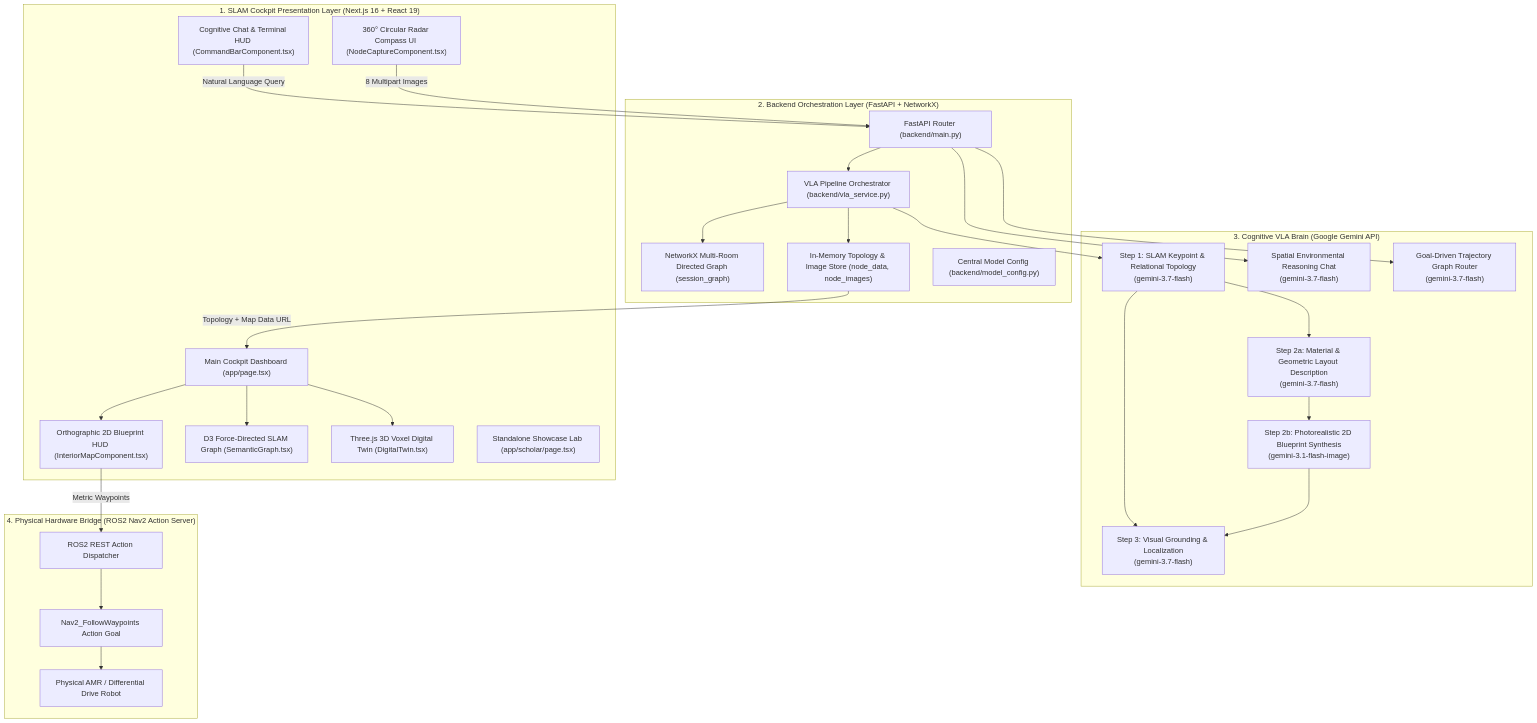
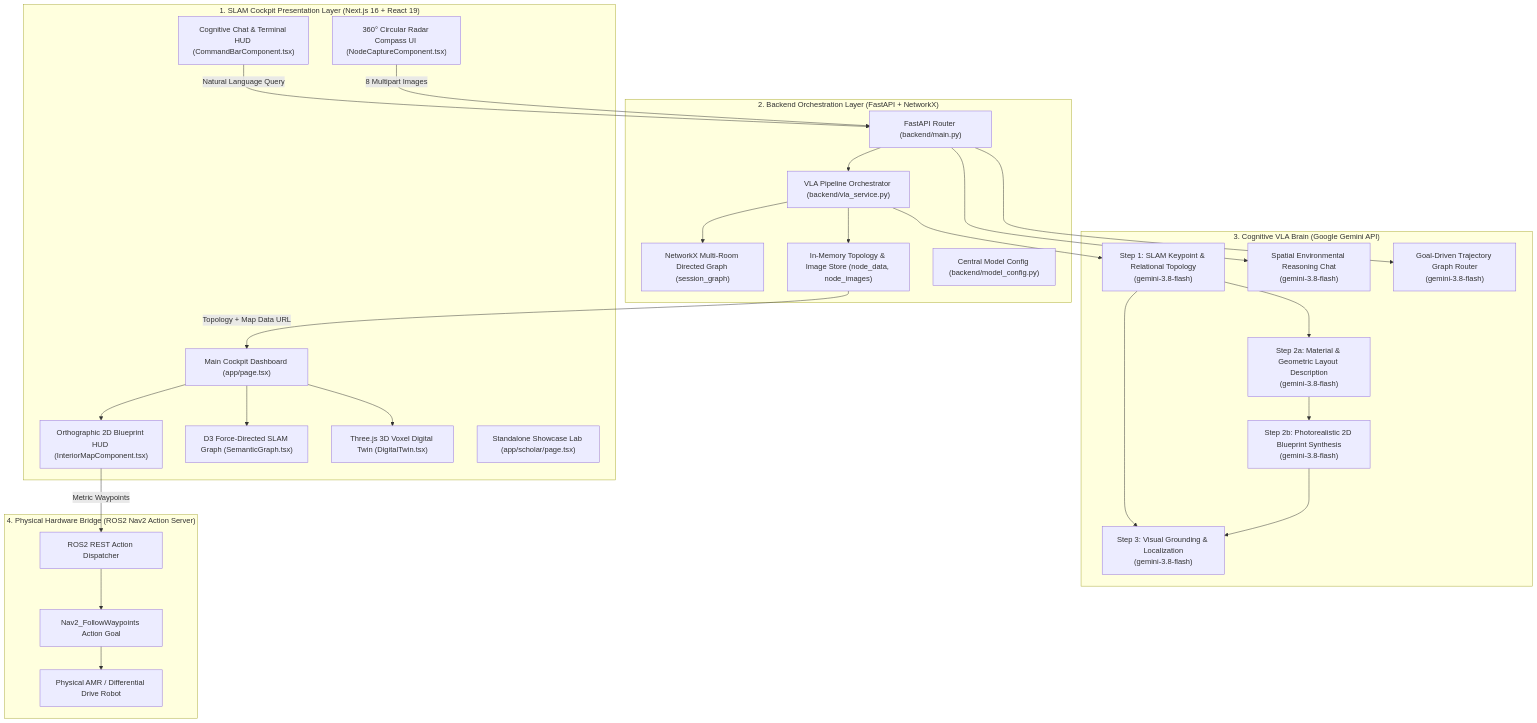
Before and after one commit to mincasurong/GeminiSeoulHackathon2026: the first of 2 diagrams in ARCHITECTURE.md, drawn with Mermaid. The commit also changed other lines of this file and 40 other files, not shown here.

````diff
--- a/ARCHITECTURE.md
+++ b/ARCHITECTURE.md
@@ -25,53 +25,53 @@
 ```mermaid
 graph TD
     subgraph Layer1["1. SLAM Cockpit Presentation Layer (Next.js 16 + React 19)"]
         UI_MAIN["Main Cockpit Dashboard (app/page.tsx)"]
         UI_RADAR["360° Circular Radar Compass UI (NodeCaptureComponent.tsx)"]
         UI_MAP["Orthographic 2D Blueprint HUD (InteriorMapComponent.tsx)"]
         UI_GRAPH["D3 Force-Directed SLAM Graph (SemanticGraph.tsx)"]
         UI_TWIN["Three.js 3D Voxel Digital Twin (DigitalTwin.tsx)"]
         UI_CHAT["Cognitive Chat & Terminal HUD (CommandBarComponent.tsx)"]
         UI_SCHOLAR["Standalone Showcase Lab (app/scholar/page.tsx)"]
     end
 
     subgraph Layer2["2. Backend Orchestration Layer (FastAPI + NetworkX)"]
         API_ROUTER["FastAPI Router (backend/main.py)"]
         SESSION_GRAPH["NetworkX Multi-Room Directed Graph (session_graph)"]
         DATA_STORE["In-Memory Topology & Image Store (node_data, node_images)"]
         VLA_ORCH["VLA Pipeline Orchestrator (backend/vla_service.py)"]
         MODELS_CONFIG["Central Model Config (backend/model_config.py)"]
     end
 
     subgraph Layer3["3. Cognitive VLA Brain (Google Gemini API)"]
-        M_TOPO["Step 1: SLAM Keypoint & Relational Topology\n(gemini-3.7-flash)"]
-        M_LAYOUT["Step 2a: Material & Geometric Layout Description\n(gemini-3.7-flash)"]
-        M_IMAGE["Step 2b: Photorealistic 2D Blueprint Synthesis\n(gemini-3.1-flash-image)"]
-        M_LOC["Step 3: Visual Grounding & Localization\n(gemini-3.7-flash)"]
-        M_CHAT["Spatial Environmental Reasoning Chat\n(gemini-3.7-flash)"]
-        M_PLAN["Goal-Driven Trajectory Graph Router\n(gemini-3.7-flash)"]
+        M_TOPO["Step 1: SLAM Keypoint & Relational Topology\n(gemini-3.8-flash)"]
+        M_LAYOUT["Step 2a: Material & Geometric Layout Description\n(gemini-3.8-flash)"]
+        M_IMAGE["Step 2b: Photorealistic 2D Blueprint Synthesis\n(gemini-3.8-flash)"]
+        M_LOC["Step 3: Visual Grounding & Localization\n(gemini-3.8-flash)"]
+        M_CHAT["Spatial Environmental Reasoning Chat\n(gemini-3.8-flash)"]
+        M_PLAN["Goal-Driven Trajectory Graph Router\n(gemini-3.8-flash)"]
     end
 
     subgraph Layer4["4. Physical Hardware Bridge (ROS2 Nav2 Action Server)"]
         ROS2_DISPATCH["ROS2 REST Action Dispatcher"]
         ROS2_NAV2["Nav2_FollowWaypoints Action Goal"]
         ROBOT_HW["Physical AMR / Differential Drive Robot"]
     end
 
     %% Data Flow Connections
     UI_RADAR -->|8 Multipart Images| API_ROUTER
     API_ROUTER --> VLA_ORCH
     VLA_ORCH --> M_TOPO
     M_TOPO --> M_LAYOUT
     M_LAYOUT --> M_IMAGE
     M_IMAGE & M_TOPO --> M_LOC
     
     VLA_ORCH --> SESSION_GRAPH & DATA_STORE
     DATA_STORE -->|Topology + Map Data URL| UI_MAIN
     
     UI_MAIN --> UI_MAP & UI_GRAPH & UI_TWIN
     UI_CHAT -->|Natural Language Query| API_ROUTER
     API_ROUTER --> M_CHAT & M_PLAN
     
     UI_MAP -->|Metric Waypoints| ROS2_DISPATCH
     ROS2_DISPATCH --> ROS2_NAV2 --> ROBOT_HW
 ```
````
